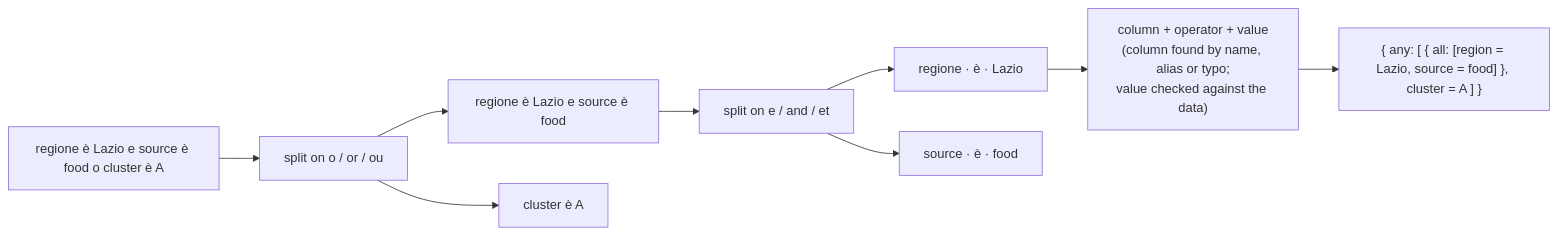
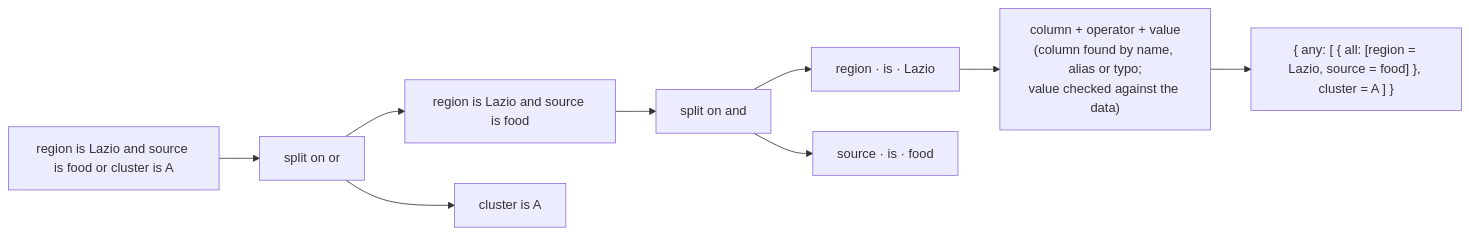
The third of 3 diagrams in README.md (genpat-it/spread), drawn with Mermaid before and after one commit. The commit also changed other lines of this file and 7 other files, not shown here.

````diff
--- a/README.md
+++ b/README.md
@@ -128,9 +126,9 @@
 ```mermaid
 flowchart LR
-  T["regione è Lazio e source è food o cluster è A"] --> OR["split on o / or / ou"]
-  OR --> A1["regione è Lazio e source è food"] & A2["cluster è A"]
-  A1 --> AND["split on e / and / et"]
-  AND --> C1["regione · è · Lazio"] & C2["source · è · food"]
+  T["region is Lazio and source is food or cluster is A"] --> OR["split on or"]
+  OR --> A1["region is Lazio and source is food"] & A2["cluster is A"]
+  A1 --> AND["split on and"]
+  AND --> C1["region · is · Lazio"] & C2["source · is · food"]
   C1 --> R1["column + operator + value<br/>(column found by name, alias or typo;<br/>value checked against the data)"]
   R1 --> W["{ any: [ { all: [region = Lazio, source = food] }, cluster = A ] }"]
 ```
````
